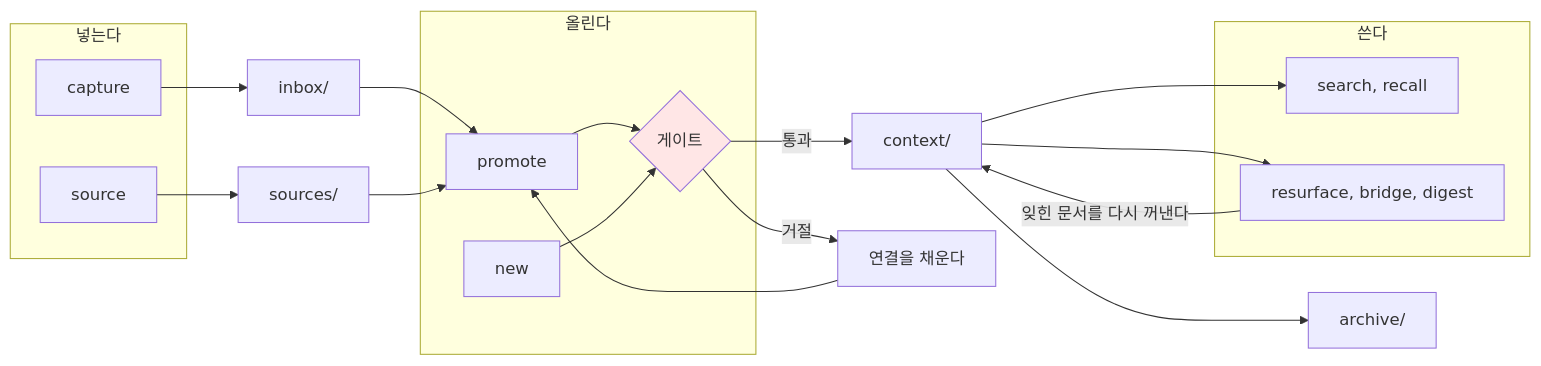
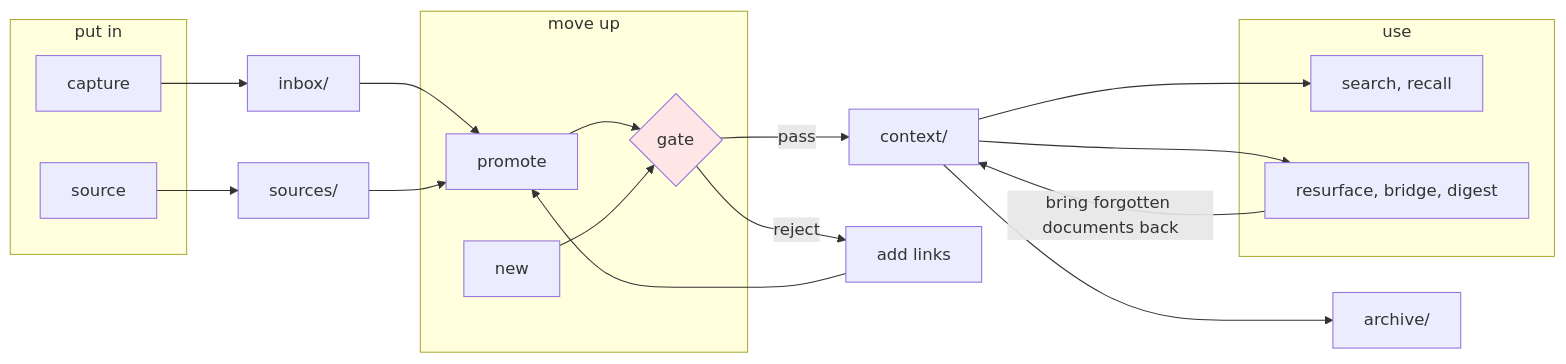
The diagram in README.md (neocode24/engram), drawn with Mermaid before and after one commit. The commit also changed other lines of this file and 7 other files, not shown here.

````diff
--- a/README.md
+++ b/README.md
@@ -198,32 +224,32 @@
 ```mermaid
 flowchart LR
-    subgraph IN["넣는다"]
+    subgraph IN["put in"]
         C1["capture"]
         C2["source"]
     end
-    subgraph UP["올린다"]
+    subgraph UP["move up"]
         C3["promote"]
         C4["new"]
-        G{"게이트"}
+        G{"gate"}
     end
-    subgraph USE["쓴다"]
+    subgraph USE["use"]
         C5["search, recall"]
         C6["resurface, bridge, digest"]
     end
 
     C1 --> I["inbox/"]
     C2 --> S["sources/"]
     I --> C3
     S --> C3
     C3 --> G
     C4 --> G
-    G -->|"통과"| K["context/"]
-    G -->|"거절"| X["연결을 채운다"]
+    G -->|"pass"| K["context/"]
+    G -->|"reject"| X["add links"]
     X --> C3
     K --> C5
     K --> C6
     K --> A["archive/"]
-    C6 -->|"잊힌 문서를 다시 꺼낸다"| K
+    C6 -->|"bring forgotten documents back"| K
 
     style G fill:#ffe6e6
 ```
````
